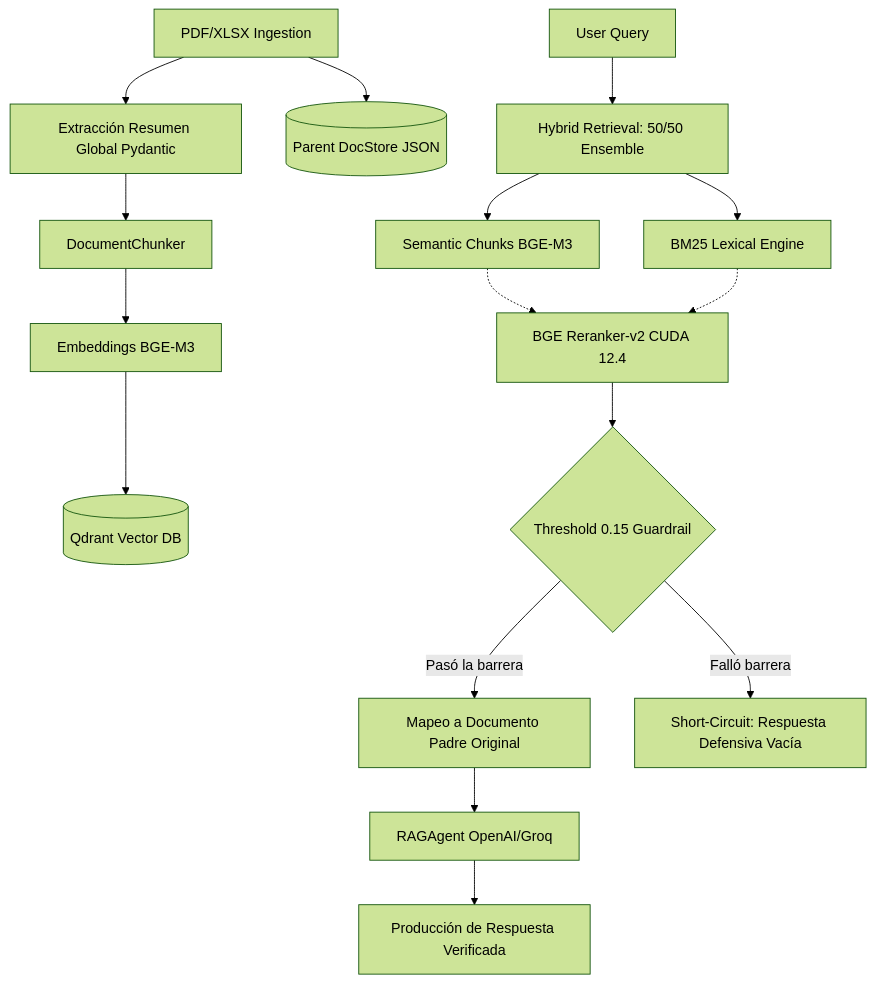
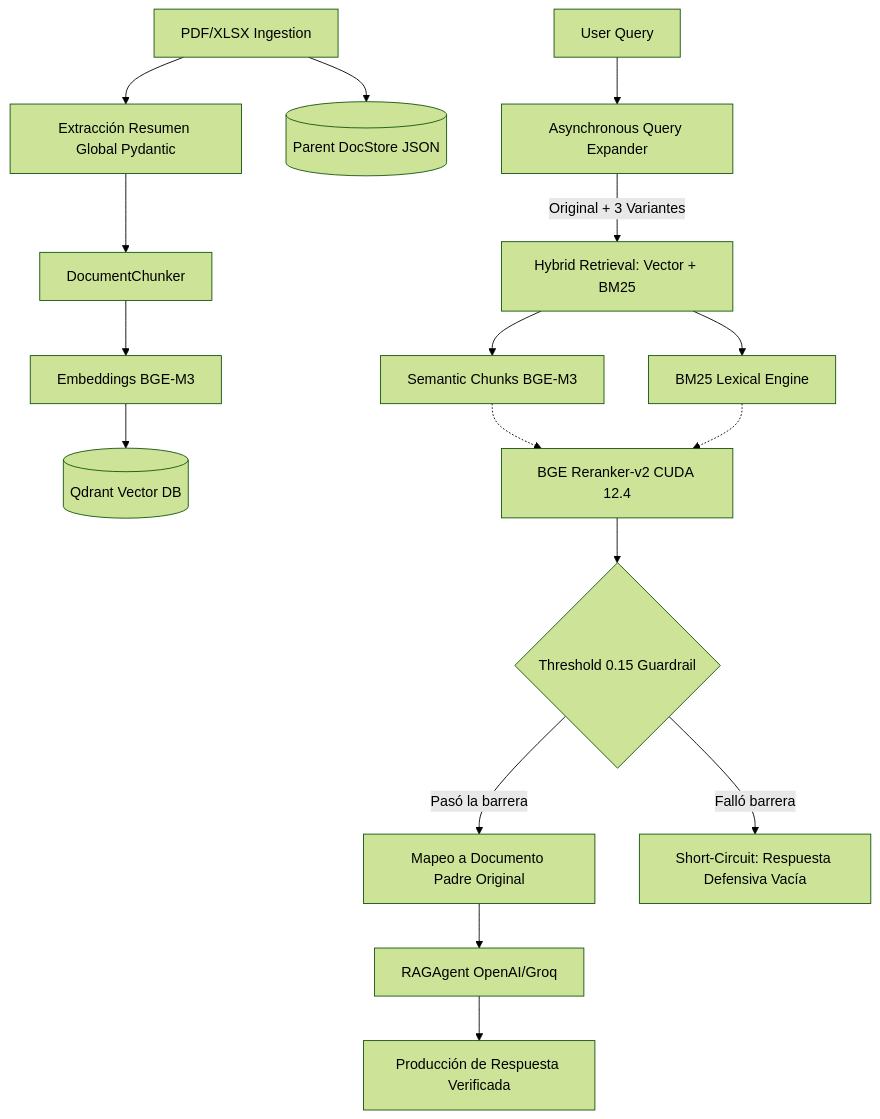
Before and after one commit to berniehans/AxiomRAG: the diagram in ARCHITECTURE.md, drawn with Mermaid (forest theme). The commit also changed other lines of this file and 6 other files, not shown here.

First line of the commit message:
Add async query expansion and hybrid retriever

````diff
--- a/ARCHITECTURE.md
+++ b/ARCHITECTURE.md
@@ -7,19 +7,20 @@
 ```mermaid
 graph TD
     A[PDF/XLSX Ingestion] --> B[Extracción Resumen Global Pydantic]
     B --> C[DocumentChunker]
     C --> D[Embeddings BGE-M3]
     D --> E[(Qdrant Vector DB)]
     A --> F[(Parent DocStore JSON)]
     
-    U[User Query] --> G[Hybrid Retrieval: 50/50 Ensemble]
+    U[User Query] --> QE[Asynchronous Query Expander]
+    QE --> |Original + 3 Variantes| G[Hybrid Retrieval: Vector + BM25]
     G --> H[Semantic Chunks BGE-M3]
     G --> I[BM25 Lexical Engine]
     H -.-> J[BGE Reranker-v2 CUDA 12.4]
     I -.-> J
     J --> K{Threshold 0.15 Guardrail}
     K -- Pasó la barrera --> L[Mapeo a Documento Padre Original]
     L --> M[RAGAgent OpenAI/Groq]
     K -- Falló barrera --> N[Short-Circuit: Respuesta Defensiva Vacía]
     M --> O[Producción de Respuesta Verificada]
 ```
````
